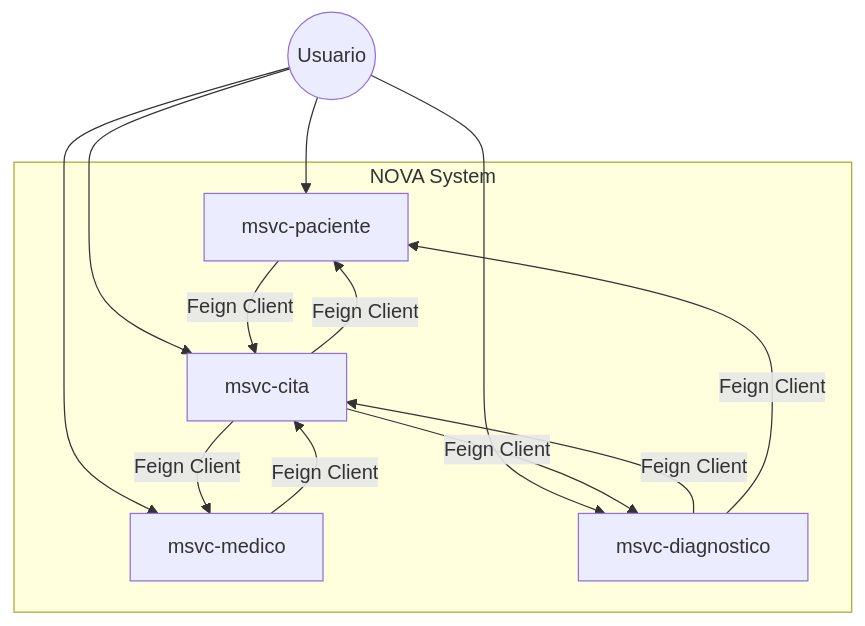
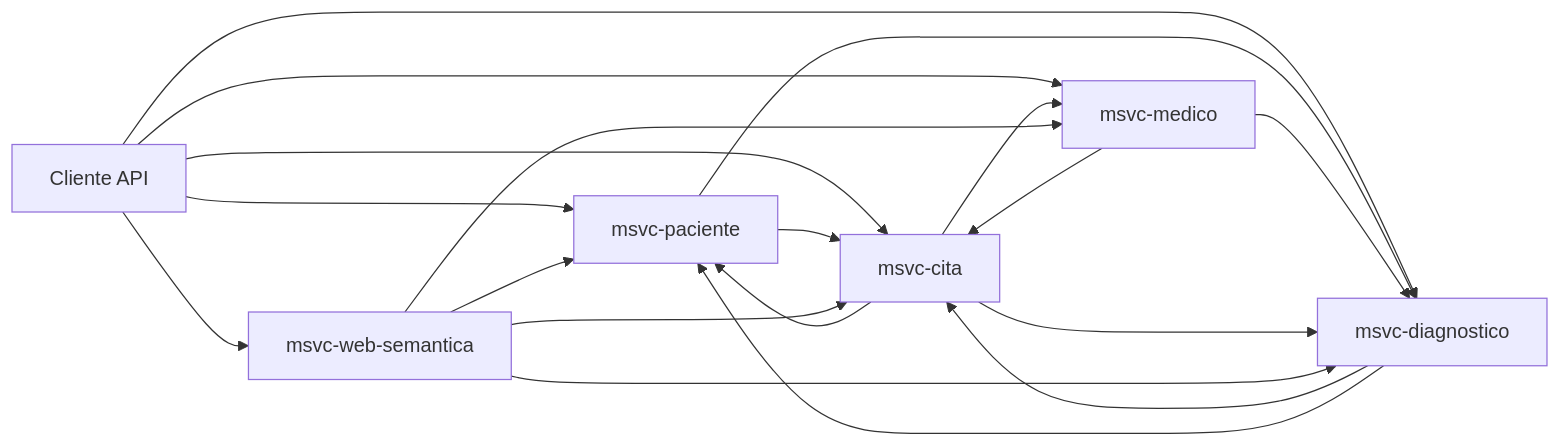
The diagram in README.md (AndreyD2003/NOVA.ing-Atencion_Medica_WS), drawn with Mermaid before and after one commit. The commit also changed other lines of this file and 10 other files, not shown here.

````diff
--- a/README.md
+++ b/README.md
@@ -22,26 +35,22 @@
 ```mermaid
-graph TD
-    User((Usuario))
-    
-    subgraph NOVA System
-        Paciente[msvc-paciente]
-        Medico[msvc-medico]
-        Cita[msvc-cita]
-        Diagnostico[msvc-diagnostico]
-    end
+flowchart LR
+  U[Cliente API] --> PAC[msvc-paciente]
+  U --> MED[msvc-medico]
+  U --> CIT[msvc-cita]
+  U --> DIA[msvc-diagnostico]
+  U --> SEM[msvc-web-semantica]
 
-    User --> Paciente
-    User --> Medico
-    User --> Cita
-    User --> Diagnostico
-
-    %% Relaciones Bidireccionales Implementadas
-    Cita -- Feign Client --> Paciente
-    Cita -- Feign Client --> Medico
-    Cita -- Feign Client --> Diagnostico
-    
-    Paciente -- Feign Client --> Cita
-    Medico -- Feign Client --> Cita
-    Diagnostico -- Feign Client --> Cita
-    Diagnostico -- Feign Client --> Paciente
+  PAC --> CIT
+  PAC --> DIA
+  MED --> CIT
+  MED --> DIA
+  CIT --> PAC
+  CIT --> MED
+  CIT --> DIA
+  DIA --> CIT
+  DIA --> PAC
+  SEM --> PAC
+  SEM --> MED
+  SEM --> CIT
+  SEM --> DIA
 ```
````
